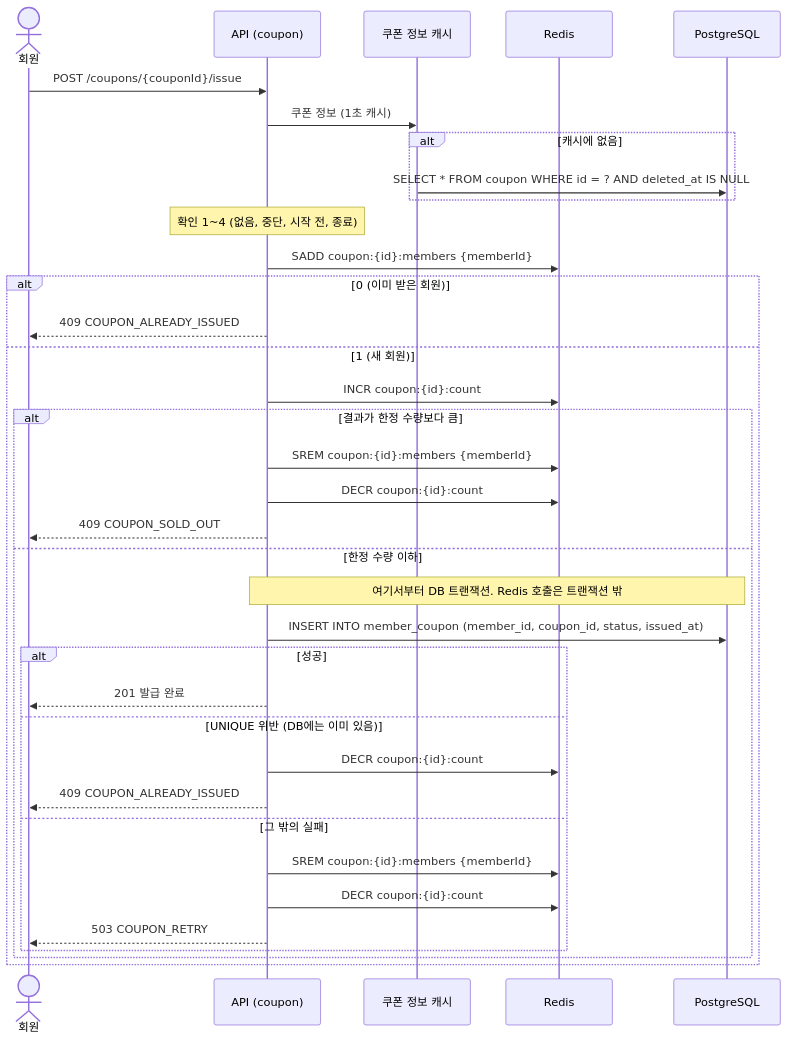
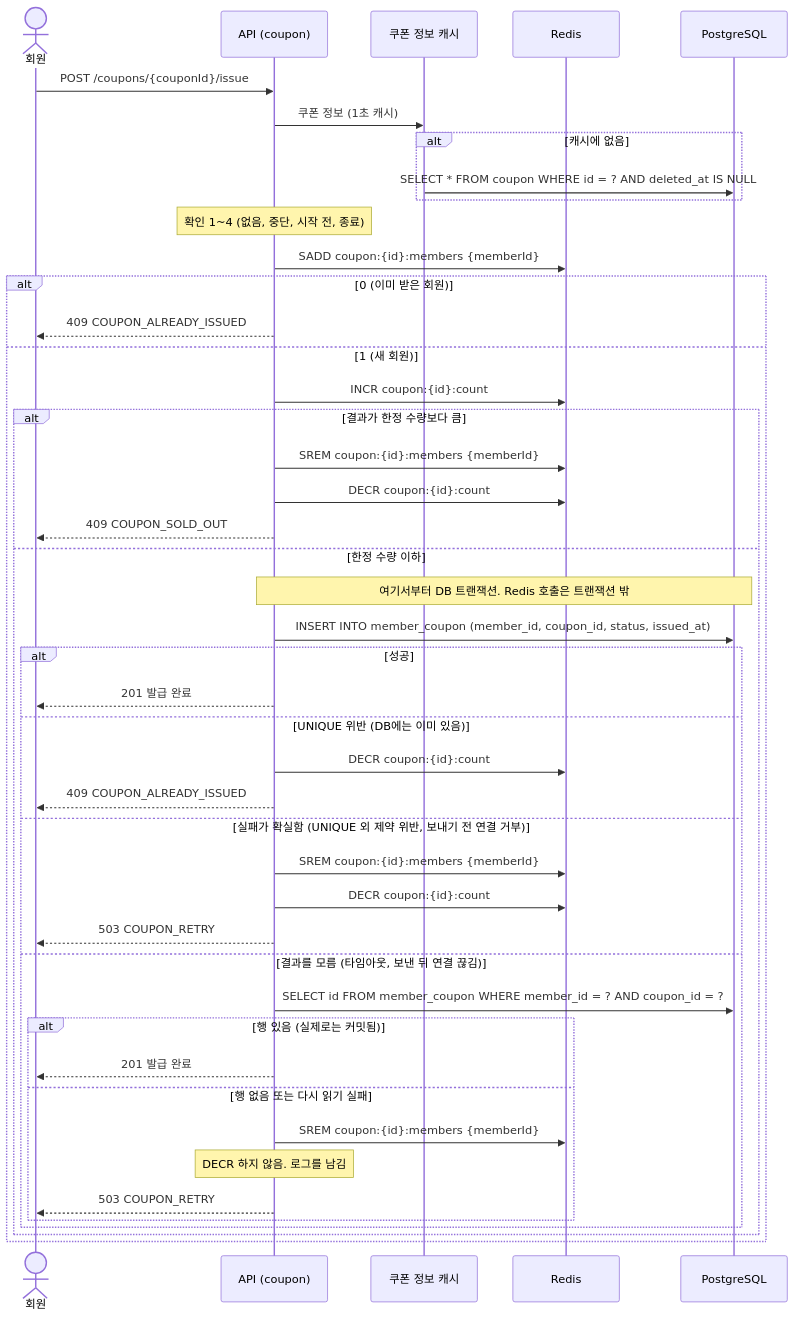
The second of 4 diagrams in docs/features/coupon/flows.md (KAPUIST/flash-gate), drawn with Mermaid before and after one commit. The commit also changed other lines of this file and 25 other files, not shown here.

````diff
--- a/docs/features/coupon/flows.md
+++ b/docs/features/coupon/flows.md
@@ -39,39 +42,48 @@
 ```mermaid
 sequenceDiagram
     actor U as 회원
     participant A as API (coupon)
     participant C as 쿠폰 정보 캐시
     participant R as Redis
     participant D as PostgreSQL
 
     U->>A: POST /coupons/{couponId}/issue
     A->>C: 쿠폰 정보 (1초 캐시)
     alt 캐시에 없음
         C->>D: SELECT * FROM coupon WHERE id = ? AND deleted_at IS NULL
     end
     Note over A: 확인 1~4 (없음, 중단, 시작 전, 종료)
     A->>R: SADD coupon:{id}:members {memberId}
     alt 0 (이미 받은 회원)
         A-->>U: 409 COUPON_ALREADY_ISSUED
     else 1 (새 회원)
         A->>R: INCR coupon:{id}:count
         alt 결과가 한정 수량보다 큼
             A->>R: SREM coupon:{id}:members {memberId}
             A->>R: DECR coupon:{id}:count
             A-->>U: 409 COUPON_SOLD_OUT
         else 한정 수량 이하
             Note over A,D: 여기서부터 DB 트랜잭션. Redis 호출은 트랜잭션 밖
             A->>D: INSERT INTO member_coupon (member_id, coupon_id, status, issued_at)
             alt 성공
                 A-->>U: 201 발급 완료
             else UNIQUE 위반 (DB에는 이미 있음)
                 A->>R: DECR coupon:{id}:count
                 A-->>U: 409 COUPON_ALREADY_ISSUED
-            else 그 밖의 실패
+            else 실패가 확실함 (UNIQUE 외 제약 위반, 보내기 전 연결 거부)
                 A->>R: SREM coupon:{id}:members {memberId}
                 A->>R: DECR coupon:{id}:count
                 A-->>U: 503 COUPON_RETRY
+            else 결과를 모름 (타임아웃, 보낸 뒤 연결 끊김)
+                A->>D: SELECT id FROM member_coupon WHERE member_id = ? AND coupon_id = ?
+                alt 행 있음 (실제로는 커밋됨)
+                    A-->>U: 201 발급 완료
+                else 행 없음 또는 다시 읽기 실패
+                    A->>R: SREM coupon:{id}:members {memberId}
+                    Note over A: DECR 하지 않음. 로그를 남김
+                    A-->>U: 503 COUPON_RETRY
+                end
             end
         end
     end
 ```
````
